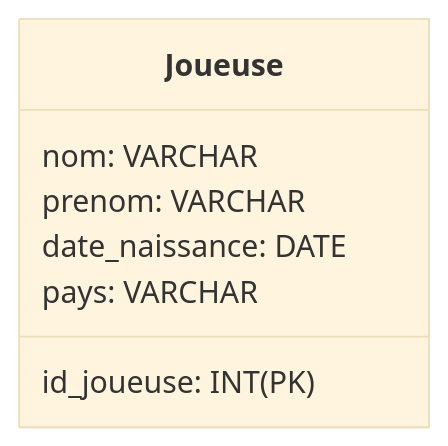
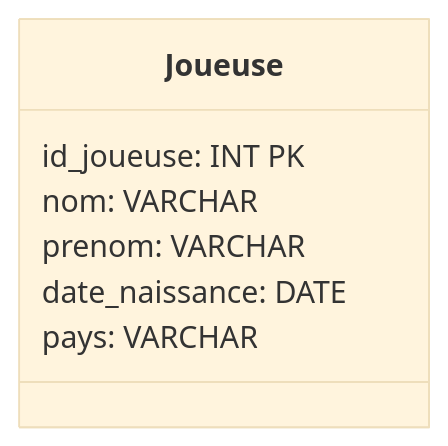
The first of 3 diagrams in quarto-site/doc/sql/sql-cours.qmd (ludo2ne/ENSAI-2A-remise-a-niveau), drawn with Mermaid (base theme) before and after one commit. The commit also changed other lines of this file and 123 other files, not shown here.

````diff
--- a/quarto-site/doc/sql/sql-cours.qmd
+++ b/quarto-site/doc/sql/sql-cours.qmd
@@ -156,10 +156,10 @@
 ```{mermaid}
 classDiagram
   class Joueuse {
-    id_joueuse: INT(PK)
+    id_joueuse: INT PK
     nom: VARCHAR
     prenom: VARCHAR
     date_naissance: DATE
     pays: VARCHAR
   }
 ```
````
